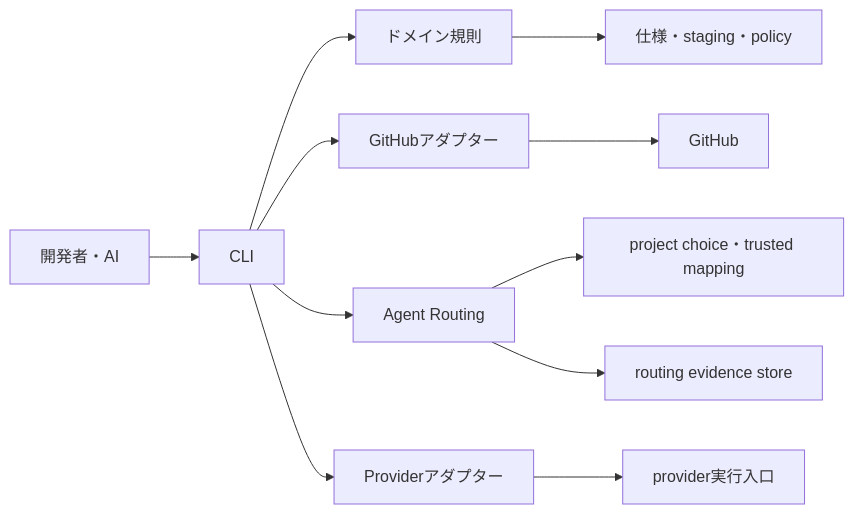
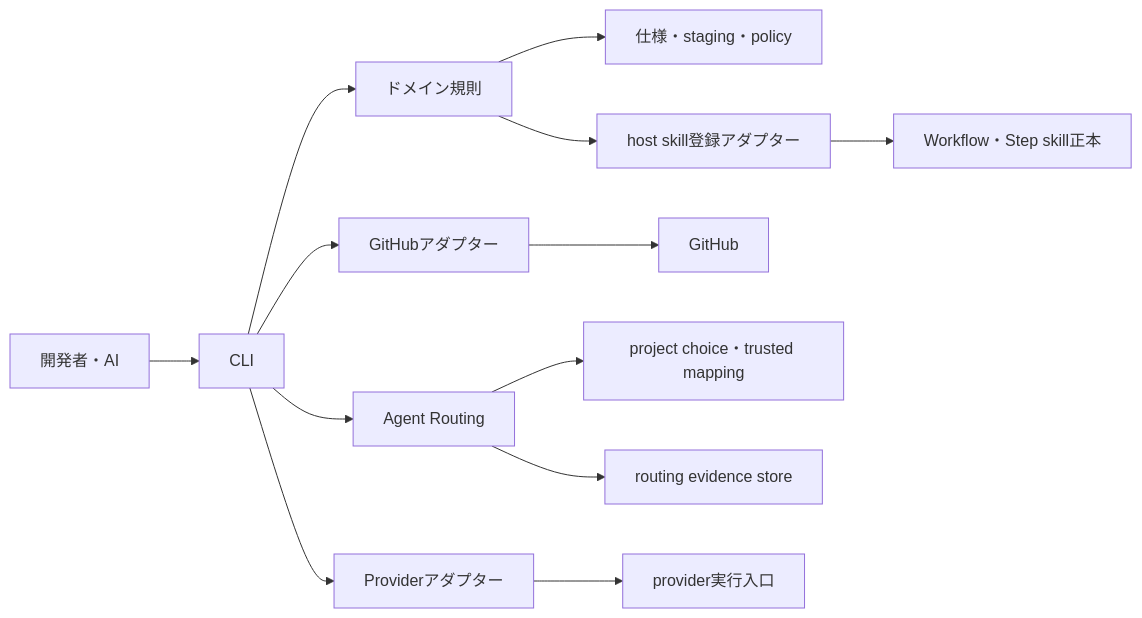
Before and after one commit to techbeansjp-free/AGENTS.md: the diagram in docs/specs/03_アーキテクチャ/00_全体構成.md, drawn with Mermaid. The commit also changed other lines of this file and 23 other files, not shown here.

````diff
--- a/docs/specs/03_アーキテクチャ/00_全体構成.md
+++ b/docs/specs/03_アーキテクチャ/00_全体構成.md
@@ -3,13 +3,15 @@
 ```mermaid
 flowchart LR
   user[開発者・AI] --> cli[CLI]
   cli --> domain[ドメイン規則]
   cli --> adapter[GitHubアダプター]
   cli --> routing[Agent Routing]
   cli --> provider_adapter[Providerアダプター]
   domain --> files[仕様・staging・policy]
+  domain --> host_adapter[host skill登録アダプター]
+  host_adapter --> workflow[Workflow・Step skill正本]
   adapter --> github[GitHub]
   routing --> routing_inputs[project choice・trusted mapping]
   routing --> evidence[routing evidence store]
   provider_adapter --> provider[provider実行入口]
 ```
````
